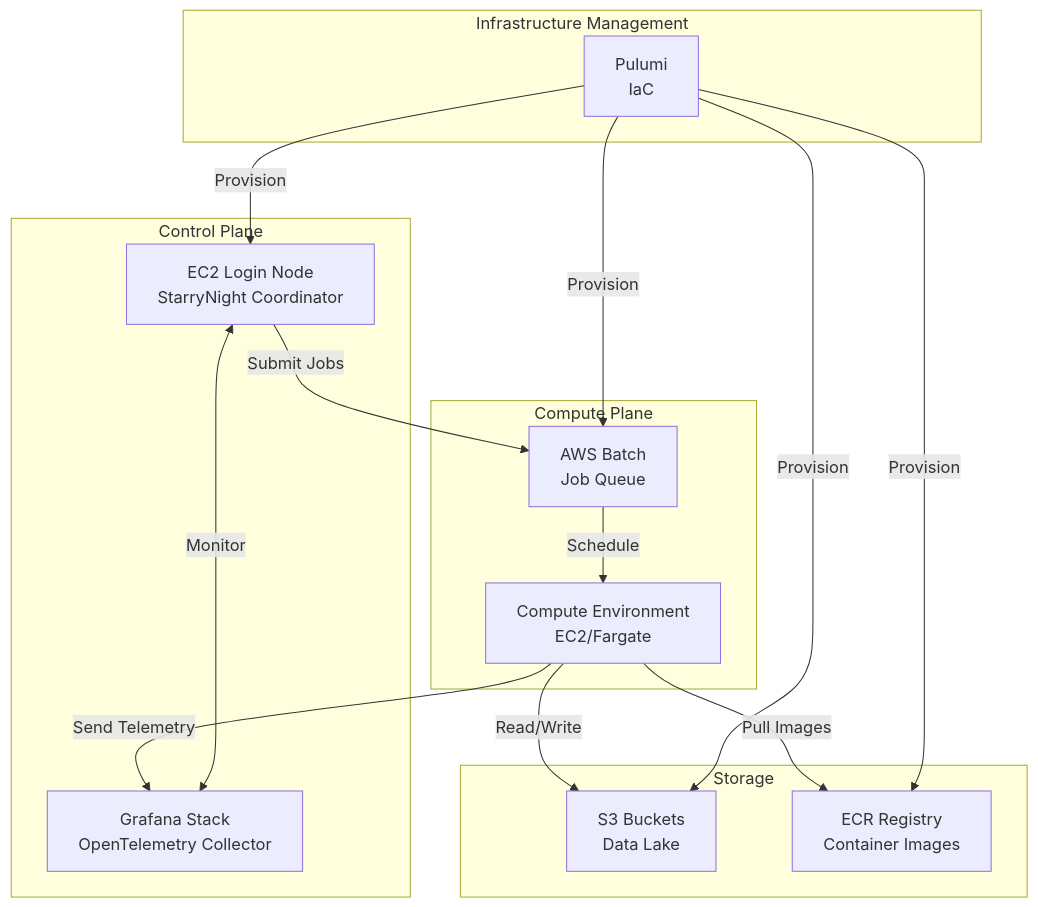
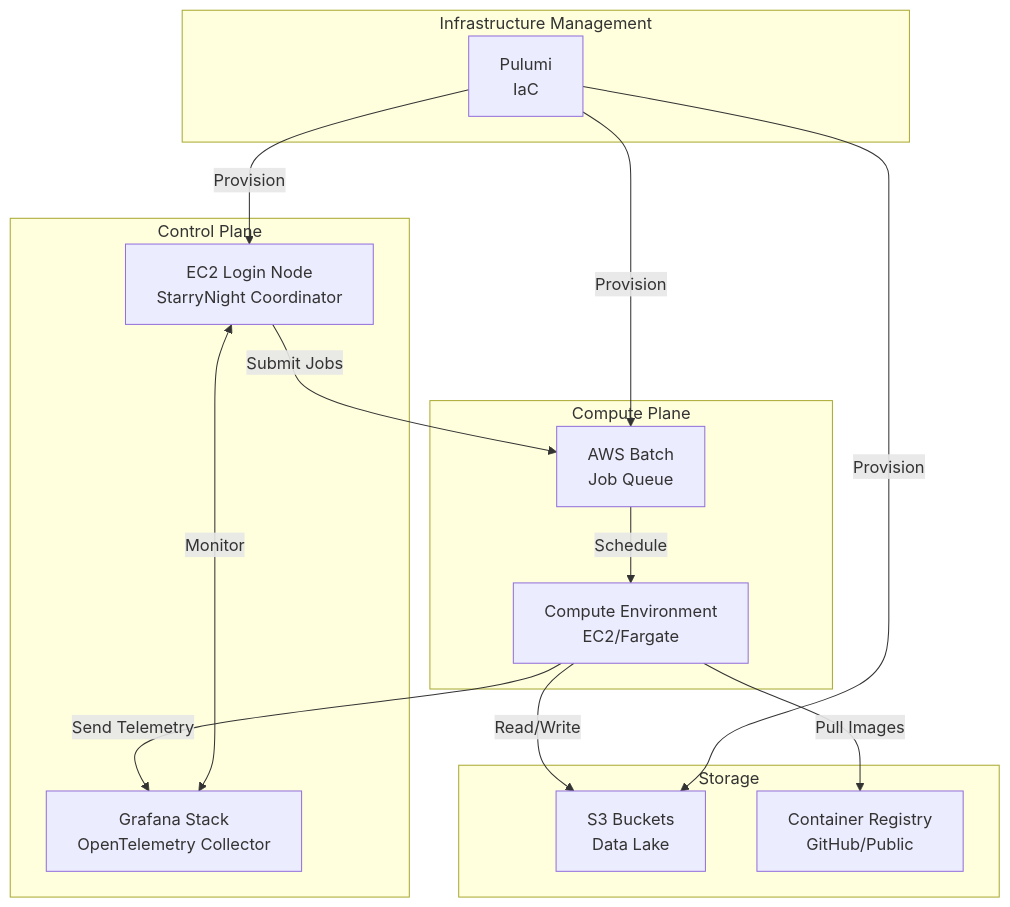
The diagram in docs/developer/roadmap/aws-deployment-roadmap.md (broadinstitute/starrynight), drawn with Mermaid before and after one commit. The commit also changed other lines of this file, not shown here.

First line of the commit message:
docs: streamline AWS deployment roadmap for clarity

````diff
--- a/docs/developer/roadmap/aws-deployment-roadmap.md
+++ b/docs/developer/roadmap/aws-deployment-roadmap.md
@@ -34,29 +19,29 @@
 ```mermaid
 flowchart TB
     subgraph "Control Plane"
         EC2[EC2 Login Node<br/>StarryNight Coordinator]
         GRAFANA[Grafana Stack<br/>OpenTelemetry Collector]
     end
 
     subgraph "Compute Plane"
         BATCH[AWS Batch<br/>Job Queue]
         COMPUTE[Compute Environment<br/>EC2/Fargate]
     end
 
     subgraph "Storage"
         S3[S3 Buckets<br/>Data Lake]
-        ECR[ECR Registry<br/>Container Images]
+        REG[Container Registry<br/>GitHub/Public]
     end
 
     subgraph "Infrastructure Management"
         PULUMI[Pulumi<br/>IaC]
     end
 
     EC2 -->|Submit Jobs| BATCH
     BATCH -->|Schedule| COMPUTE
     COMPUTE -->|Read/Write| S3
-    COMPUTE -->|Pull Images| ECR
+    COMPUTE -->|Pull Images| REG
     COMPUTE -->|Send Telemetry| GRAFANA
     EC2 <-->|Monitor| GRAFANA
-    PULUMI -->|Provision| EC2 & BATCH & S3 & ECR
+    PULUMI -->|Provision| EC2 & BATCH & S3
 ```
````
